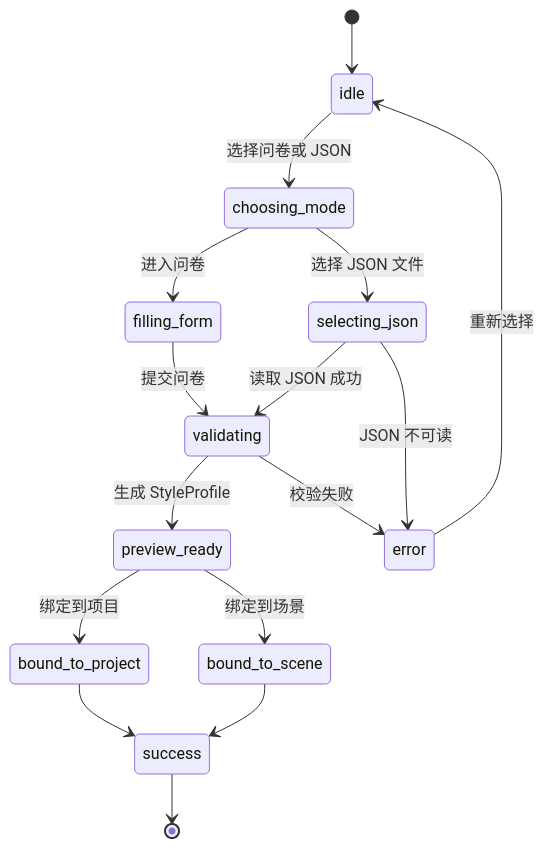
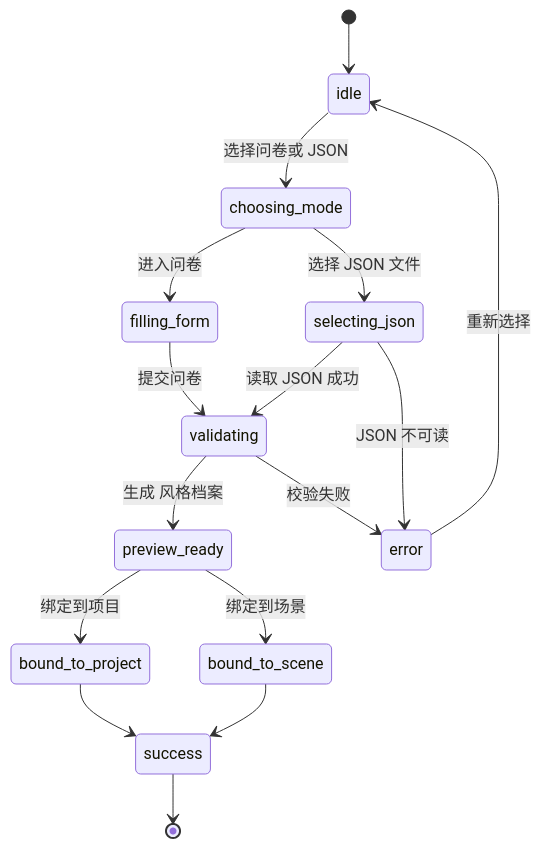
Before and after one commit to changw98ic/n0vel: the first of 3 diagrams in docs/mvp/mvp-core-flows.md, drawn with Mermaid. The commit also changed other lines of this file and 152 other files, not shown here.

````diff
--- a/docs/mvp/mvp-core-flows.md
+++ b/docs/mvp/mvp-core-flows.md
@@ -132,18 +132,18 @@
 ```mermaid
 stateDiagram-v2
     [*] --> idle
     idle --> choosing_mode: 选择问卷或 JSON
     choosing_mode --> filling_form: 进入问卷
     choosing_mode --> selecting_json: 选择 JSON 文件
     filling_form --> validating: 提交问卷
     selecting_json --> validating: 读取 JSON 成功
     selecting_json --> error: JSON 不可读
-    validating --> preview_ready: 生成 StyleProfile
+    validating --> preview_ready: 生成 风格档案
     validating --> error: 校验失败
     preview_ready --> bound_to_project: 绑定到项目
     preview_ready --> bound_to_scene: 绑定到场景
     bound_to_project --> success
     bound_to_scene --> success
     error --> idle: 重新选择
     success --> [*]
 ```
````
